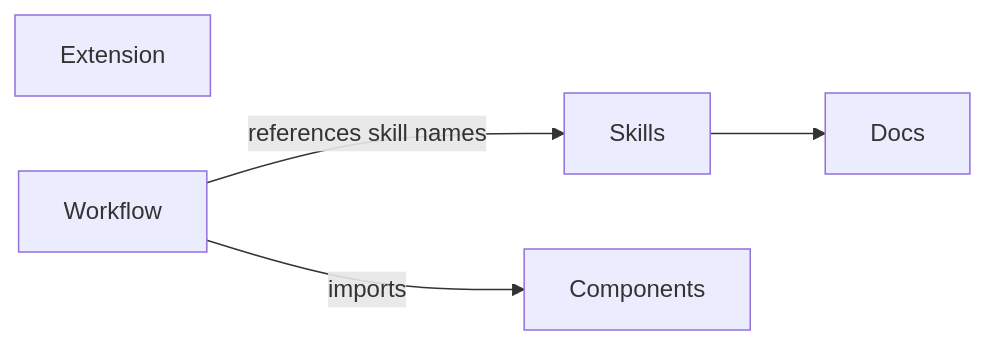
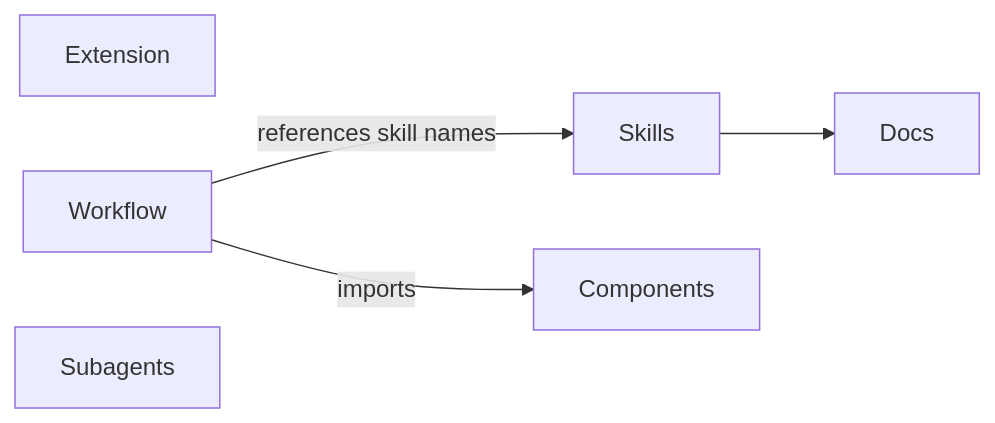
One commit to alennartz/my-pi changed the first of 2 diagrams in codemap.md. Above: the diagram before and after it, drawn with Mermaid. The commit also changed other lines of this file and 7 other files, not shown here.

````diff
--- a/codemap.md
+++ b/codemap.md
@@ -7,8 +7,9 @@
 ```mermaid
 graph LR
   Skills --> Docs
   Extension
   Workflow -->|references skill names| Skills
   Workflow -->|imports| Components
   Components
+  Subagents
 ```
````
